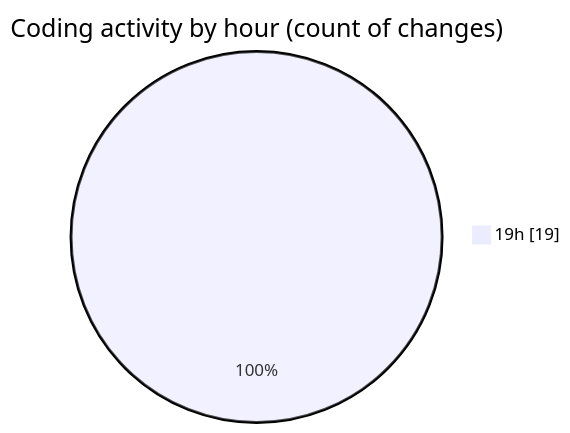
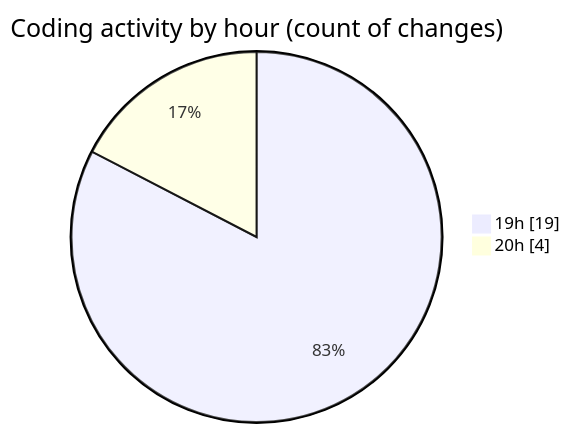
Before and after one commit to lephambinh05/code-tracking: the second of 2 diagrams in 2025-07-28/quanlyrapchieuphim-2/README.md, drawn with Mermaid. The commit also changed other lines of this file and 1 other file, not shown here.

````diff
--- a/2025-07-28/quanlyrapchieuphim-2/README.md
+++ b/2025-07-28/quanlyrapchieuphim-2/README.md
@@ -35,5 +37,6 @@
 ```mermaid
 pie showData
 title Coding activity by hour (count of changes)
 "19h" : 19
+"20h" : 4
 ```
````
